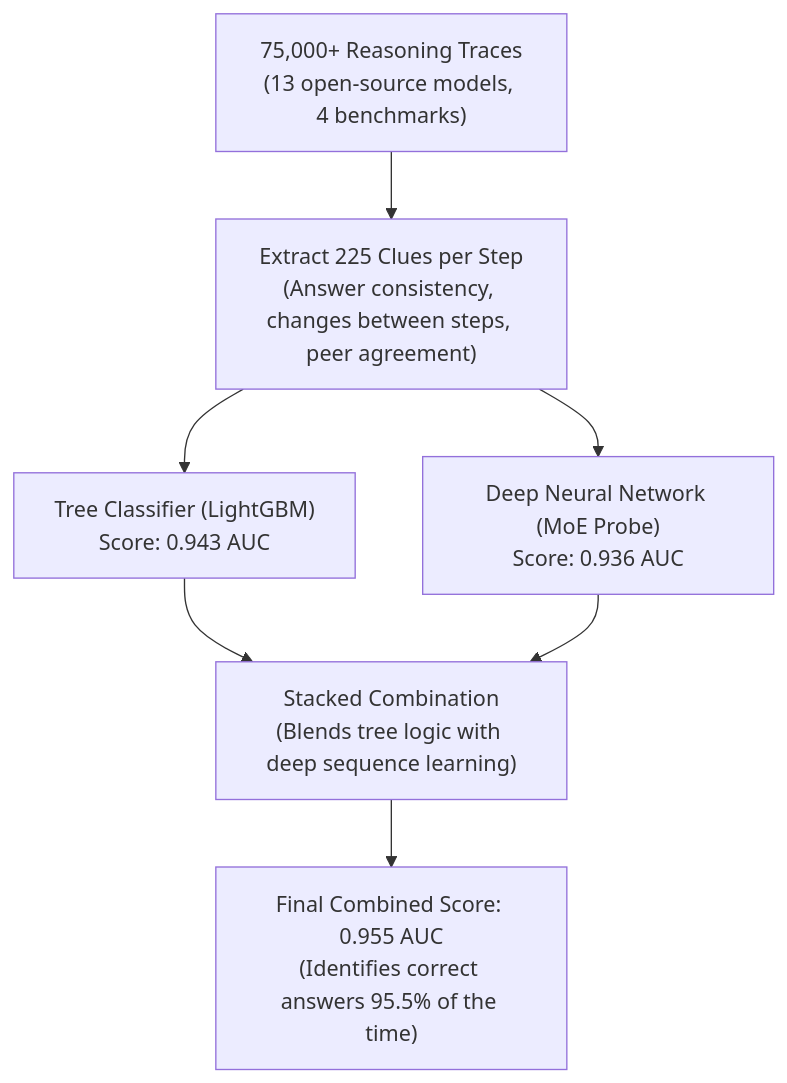
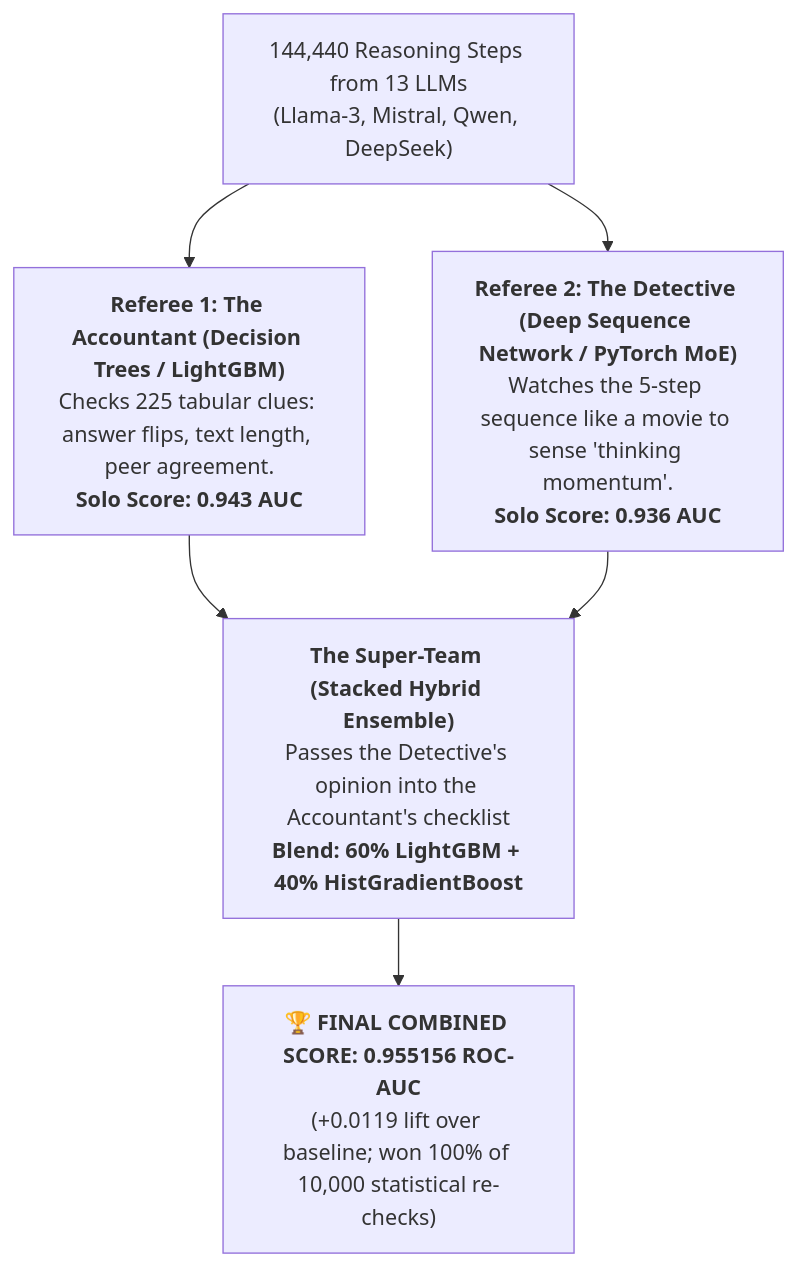
The second of 3 diagrams in ADVISOR_MEETING_SEMESTER_2_ROADMAP.md (bhattadiCS/research-thesis-overthinking-boundary), drawn with Mermaid before and after one commit. The commit also changed other lines of this file and 2 other files, not shown here.

Commit message:
docs: clarify 0.955 AUC tournament mechanism as Students vs Referees across README and roadmaps

````diff
--- a/ADVISOR_MEETING_SEMESTER_2_ROADMAP.md
+++ b/ADVISOR_MEETING_SEMESTER_2_ROADMAP.md
@@ -102,9 +101,8 @@
 ```mermaid
 flowchart TD
-    A["75,000+ Reasoning Traces<br/>(13 open-source models, 4 benchmarks)"] --> B["Extract 225 Clues per Step<br/>(Answer consistency, changes between steps, peer agreement)"]
-    B --> C1["Tree Classifier (LightGBM)<br/>Score: 0.943 AUC"]
-    B --> C2["Deep Neural Network (MoE Probe)<br/>Score: 0.936 AUC"]
-    C1 --> D["Stacked Combination<br/>(Blends tree logic with deep sequence learning)"]
-    C2 --> D
-    D --> E["Final Combined Score: 0.955 AUC<br/>(Identifies correct answers 95.5% of the time)"]
+    A["144,440 Reasoning Steps from 13 LLMs<br/>(Llama-3, Mistral, Qwen, DeepSeek)"] --> B1["<b>Referee 1: The Accountant (Decision Trees / LightGBM)</b><br/>Checks 225 tabular clues: answer flips, text length, peer agreement.<br/><b>Solo Score: 0.943 AUC</b>"]
+    A --> B2["<b>Referee 2: The Detective (Deep Sequence Network / PyTorch MoE)</b><br/>Watches the 5-step sequence like a movie to sense 'thinking momentum'.<br/><b>Solo Score: 0.936 AUC</b>"]
+    B1 --> C["<b>The Super-Team (Stacked Hybrid Ensemble)</b><br/>Passes the Detective's opinion into the Accountant's checklist<br/><b>Blend: 60% LightGBM + 40% HistGradientBoost</b>"]
+    B2 --> C
+    C --> D["🏆 <b>FINAL COMBINED SCORE: 0.955156 ROC-AUC</b><br/>(+0.0119 lift over baseline; won 100% of 10,000 statistical re-checks)"]
 ```
````
